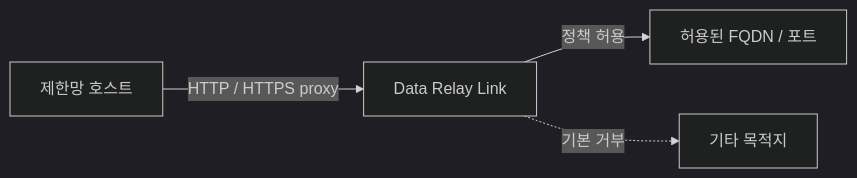
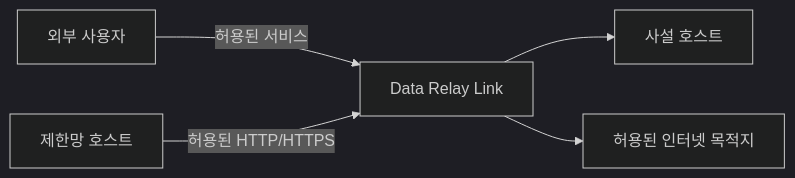
One commit to datarelay-labs/data-relay-docs changed the second of 3 diagrams in ko/index.mdx. Above: the diagram before and after it, drawn with Mermaid (dark theme). The commit also changed other lines of this file, not shown here.

Commit message:
docs: rebalance Korean Data Relay homepage

````diff
--- a/ko/index.mdx
+++ b/ko/index.mdx
@@ -69,6 +61,7 @@
 ```mermaid
 flowchart LR
-    H[제한망 호스트] -->|HTTP / HTTPS proxy| L[Data Relay Link]
-    L -->|정책 허용| A[허용된 FQDN / 포트]
-    L -. 기본 거부 .-> X[기타 목적지]
+    U[외부 사용자] -->|허용된 서비스| L[Data Relay Link]
+    L --> H[사설 호스트]
+    R[제한망 호스트] -->|허용된 HTTP/HTTPS| L
+    L --> I[허용된 인터넷 목적지]
 ```
````
